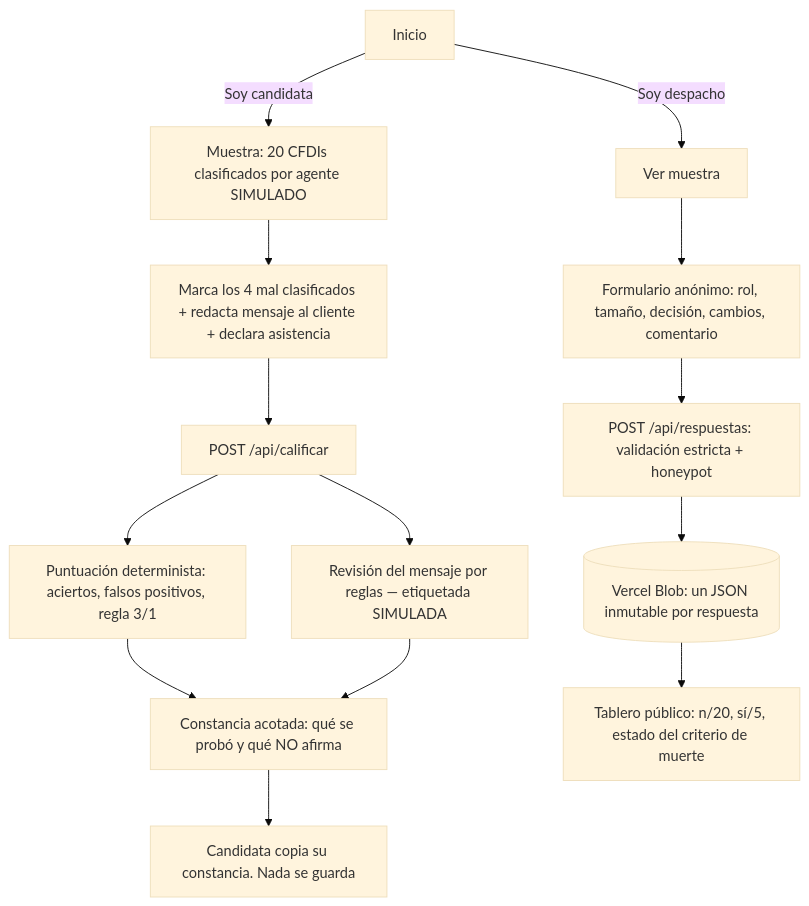
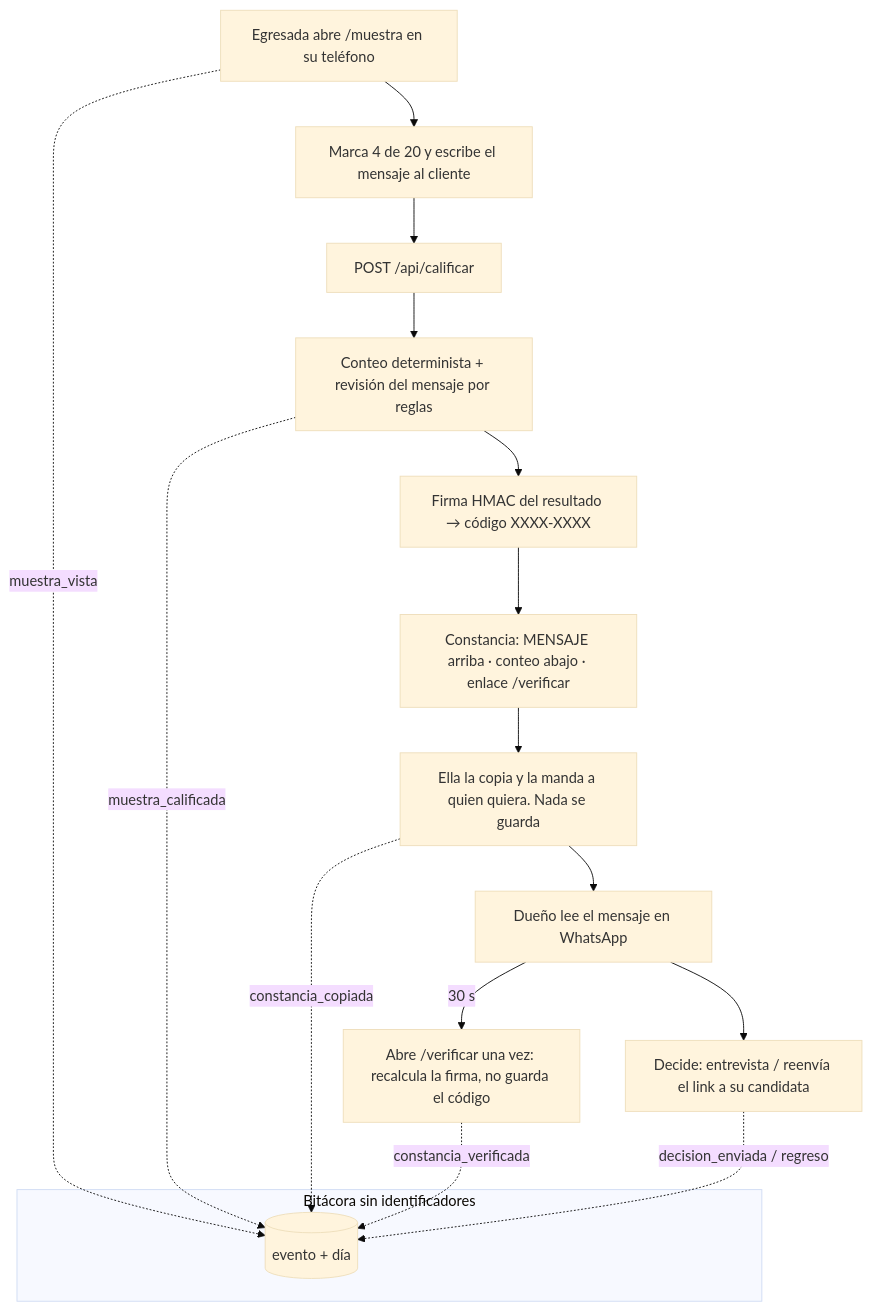
One commit to andresbuildshub/w04-criba changed the first of 2 diagrams in docs/PACKET.md. Above: the diagram before and after it, drawn with Mermaid (base theme). The commit also changed other lines of this file and 1 other file, not shown here.

Commit message:
docs(semana 13): packet antes del código — cinco usuarios reales, constancia con mensaje arriba + firma, log por día

````diff
--- a/docs/PACKET.md
+++ b/docs/PACKET.md
@@ -28,15 +31,20 @@
 ```mermaid
 flowchart TD
-  A[Inicio] -->|Soy candidata| B[Muestra: 20 CFDIs clasificados por agente SIMULADO]
-  B --> C[Marca los 4 mal clasificados + redacta mensaje al cliente + declara asistencia]
-  C --> D[POST /api/calificar]
-  D --> E[Puntuación determinista: aciertos, falsos positivos, regla 3/1]
-  D --> F[Revisión del mensaje por reglas — etiquetada SIMULADA]
-  E --> G[Constancia acotada: qué se probó y qué NO afirma]
-  F --> G
-  G --> H[Candidata copia su constancia. Nada se guarda]
-  A -->|Soy despacho| I[Ver muestra] --> J[Formulario anónimo: rol, tamaño, decisión, cambios, comentario]
-  J --> K[POST /api/respuestas: validación estricta + honeypot]
-  K --> L[(Vercel Blob: un JSON inmutable por respuesta)]
-  L --> M[Tablero público: n/20, sí/5, estado del criterio de muerte]
+  A[Egresada abre /muestra en su teléfono] --> B[Marca 4 de 20 y escribe el mensaje al cliente]
+  B --> C[POST /api/calificar]
+  C --> D[Conteo determinista + revisión del mensaje por reglas]
+  D --> E[Firma HMAC del resultado → código XXXX-XXXX]
+  E --> F[Constancia: MENSAJE arriba · conteo abajo · enlace /verificar]
+  F --> G[Ella la copia y la manda a quien quiera. Nada se guarda]
+  G --> H[Dueño lee el mensaje en WhatsApp]
+  H -->|30 s| I[Abre /verificar una vez: recalcula la firma, no guarda el código]
+  H --> J[Decide: entrevista / reenvía el link a su candidata]
+  subgraph LOG[Bitácora sin identificadores]
+    K[(evento + día)]
+  end
+  A -. muestra_vista .-> K
+  D -. muestra_calificada .-> K
+  G -. constancia_copiada .-> K
+  I -. constancia_verificada .-> K
+  J -. decision_enviada / regreso .-> K
 ```
````
